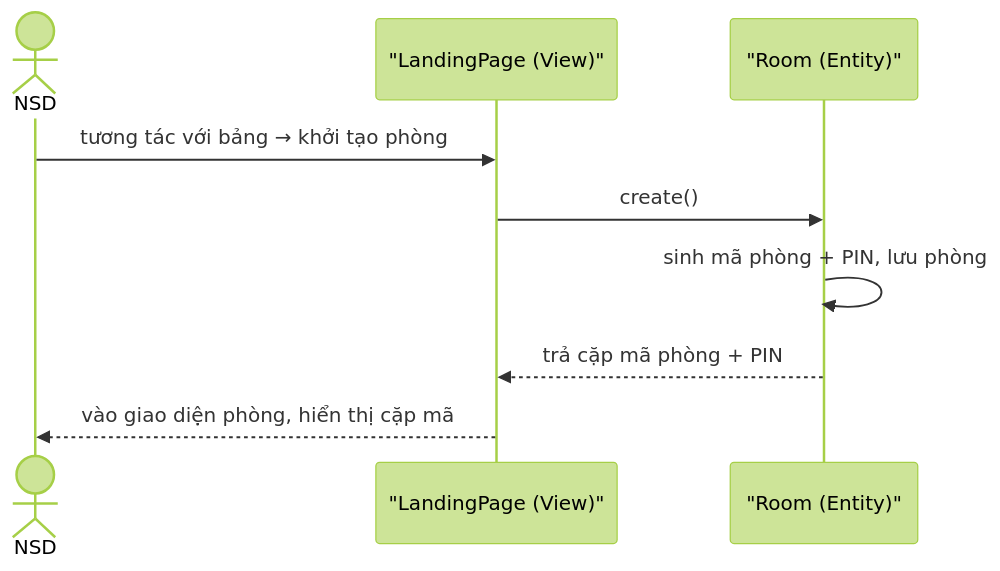
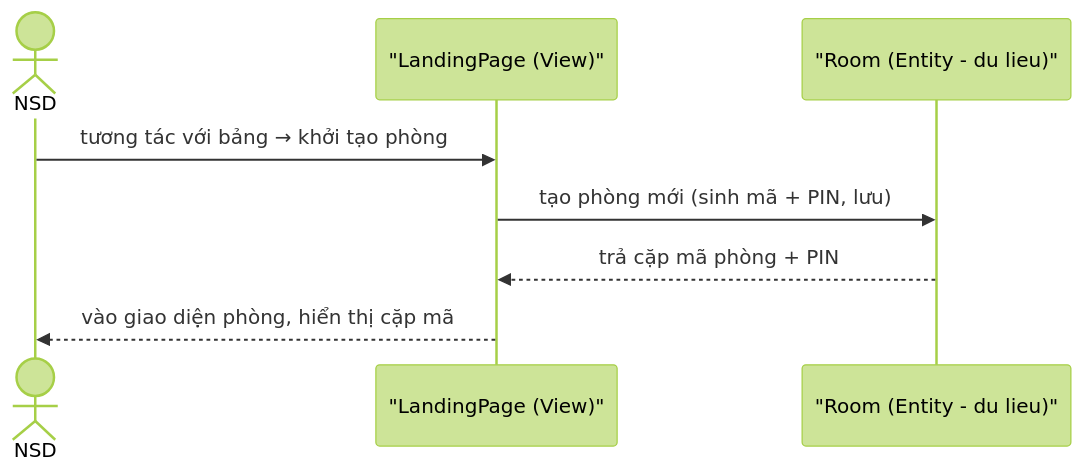
Before and after one commit to KhangDaoz/evodraw: the tenth of 60 diagrams in docs/Báo cáo Evodraw_v2.md, drawn with Mermaid (forest theme). The commit also changed other lines of this file and 12 other files, not shown here.

````diff
--- a/docs/Báo cáo Evodraw_v2.md
+++ b/docs/Báo cáo Evodraw_v2.md
@@ -1186,11 +935,10 @@
 ```mermaid
 sequenceDiagram
     actor NSD
     participant LP as "LandingPage (View)"
-    participant R as "Room (Entity)"
+    participant R as "Room (Entity - du lieu)"
     NSD->>LP: tương tác với bảng → khởi tạo phòng
-    LP->>R: create()
-    R->>R: sinh mã phòng + PIN, lưu phòng
+    LP->>R: tạo phòng mới (sinh mã + PIN, lưu)
     R-->>LP: trả cặp mã phòng + PIN
     LP-->>NSD: vào giao diện phòng, hiển thị cặp mã
 ```
````
